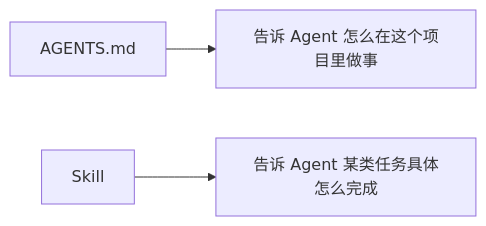
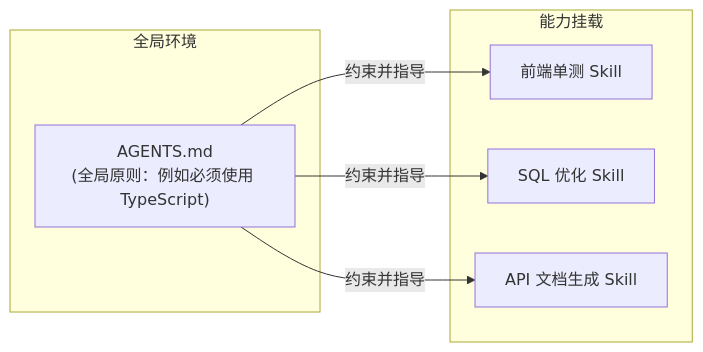
One commit to gouxinjie/gouxinjie.github.io changed the second of 2 diagrams in docs/column/AIFuture/工具提效/Agent Skills.md. Above: the diagram before and after it, drawn with Mermaid. The commit also changed other lines of this file and 2 other files, not shown here.

````diff
--- a/docs/column/AIFuture/工具提效/Agent Skills.md
+++ b/docs/column/AIFuture/工具提效/Agent Skills.md
@@ -58,5 +56,14 @@
 ```mermaid
 flowchart LR
-  A["AGENTS.md"] --> B["告诉 Agent 怎么在这个项目里做事"]
-  C["Skill"] --> D["告诉 Agent 某类任务具体怎么完成"]
+  subgraph 全局环境
+    A["AGENTS.md\n(全局原则：例如必须使用 TypeScript)"]
+  end
+  subgraph 能力挂载
+    B["前端单测 Skill"]
+    C["SQL 优化 Skill"]
+    D["API 文档生成 Skill"]
+  end
+  A -->|约束并指导| B
+  A -->|约束并指导| C
+  A -->|约束并指导| D
 ```
````
